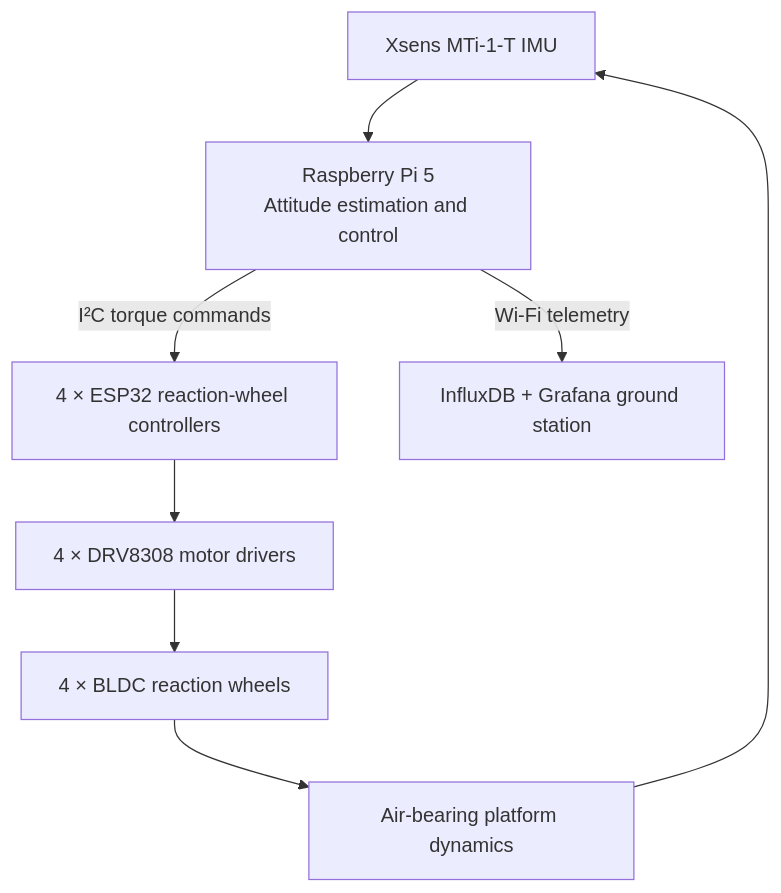
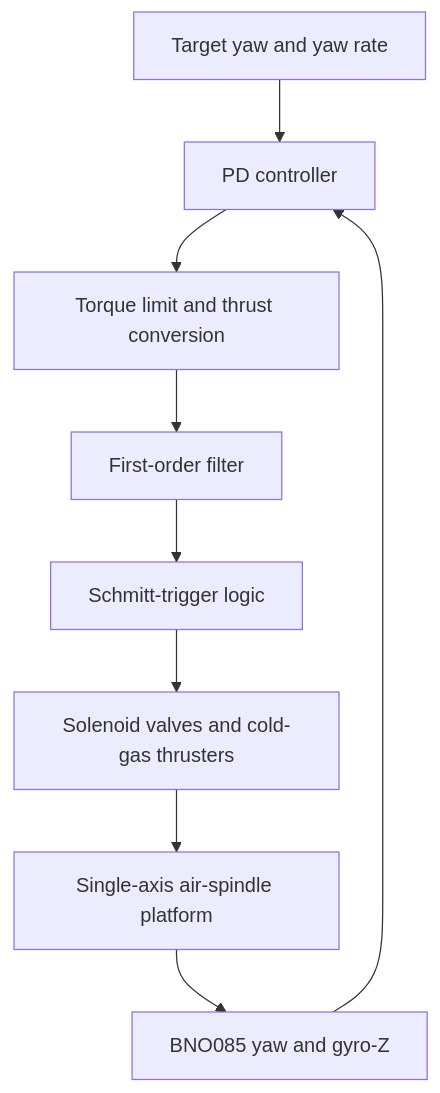
Before and after one commit to brigby03/SACS-Platform: the diagram in README.md, drawn with Mermaid. The commit also changed other lines of this file, not shown here.

````diff
--- a/README.md
+++ b/README.md
@@ -18,10 +24,11 @@
 ```mermaid
 flowchart TD
-    IMU["Xsens MTi-1-T IMU"] --> PI["Raspberry Pi 5\nAttitude estimation and control"]
-    PI -->|"I²C torque commands"| RW["4 × ESP32 reaction-wheel controllers"]
-    RW --> DRV["4 × DRV8308 motor drivers"]
-    DRV --> MOTORS["4 × BLDC reaction wheels"]
-    MOTORS --> PLATFORM["Air-bearing platform dynamics"]
+    TARGET["Target yaw and yaw rate"] --> PD["PD controller"]
+    IMU["BNO085 yaw and gyro-Z"] --> PD
+    PD --> LIMIT["Torque limit and thrust conversion"]
+    LIMIT --> FILTER["First-order filter"]
+    FILTER --> RELAY["Schmitt-trigger logic"]
+    RELAY --> VALVES["Solenoid valves and cold-gas thrusters"]
+    VALVES --> PLATFORM["Single-axis air-spindle platform"]
     PLATFORM --> IMU
-    PI -->|"Wi-Fi telemetry"| GS["InfluxDB + Grafana ground station"]
 ```
````
